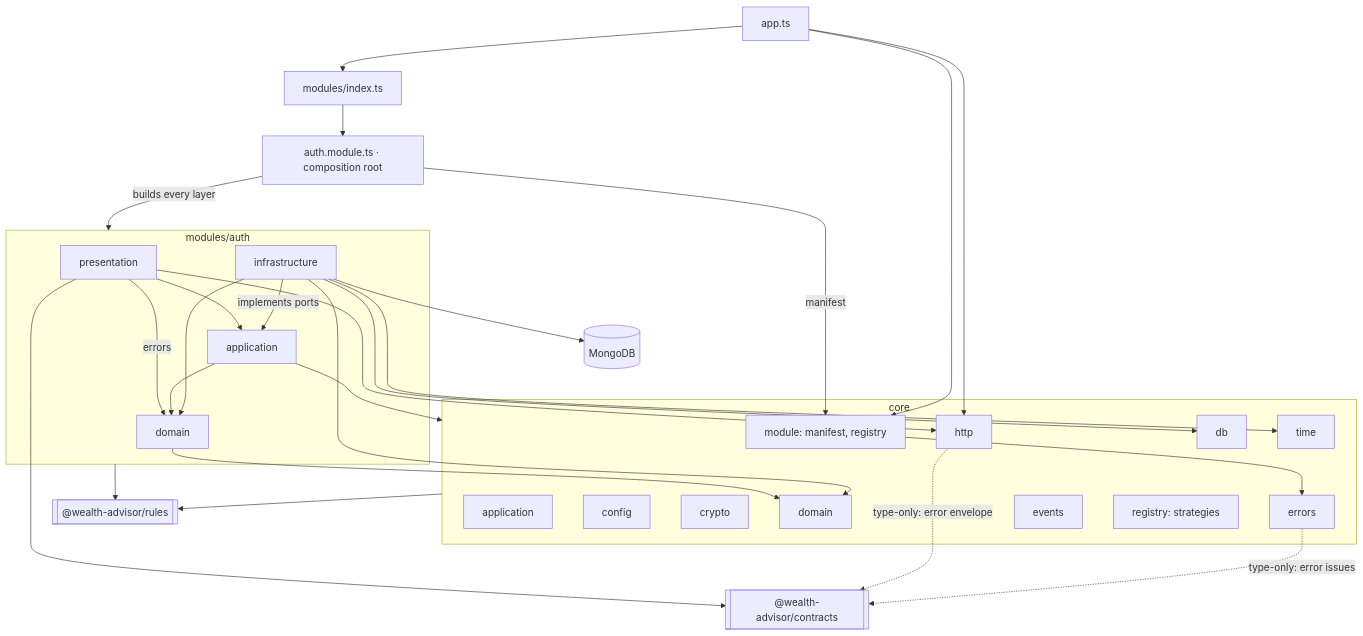
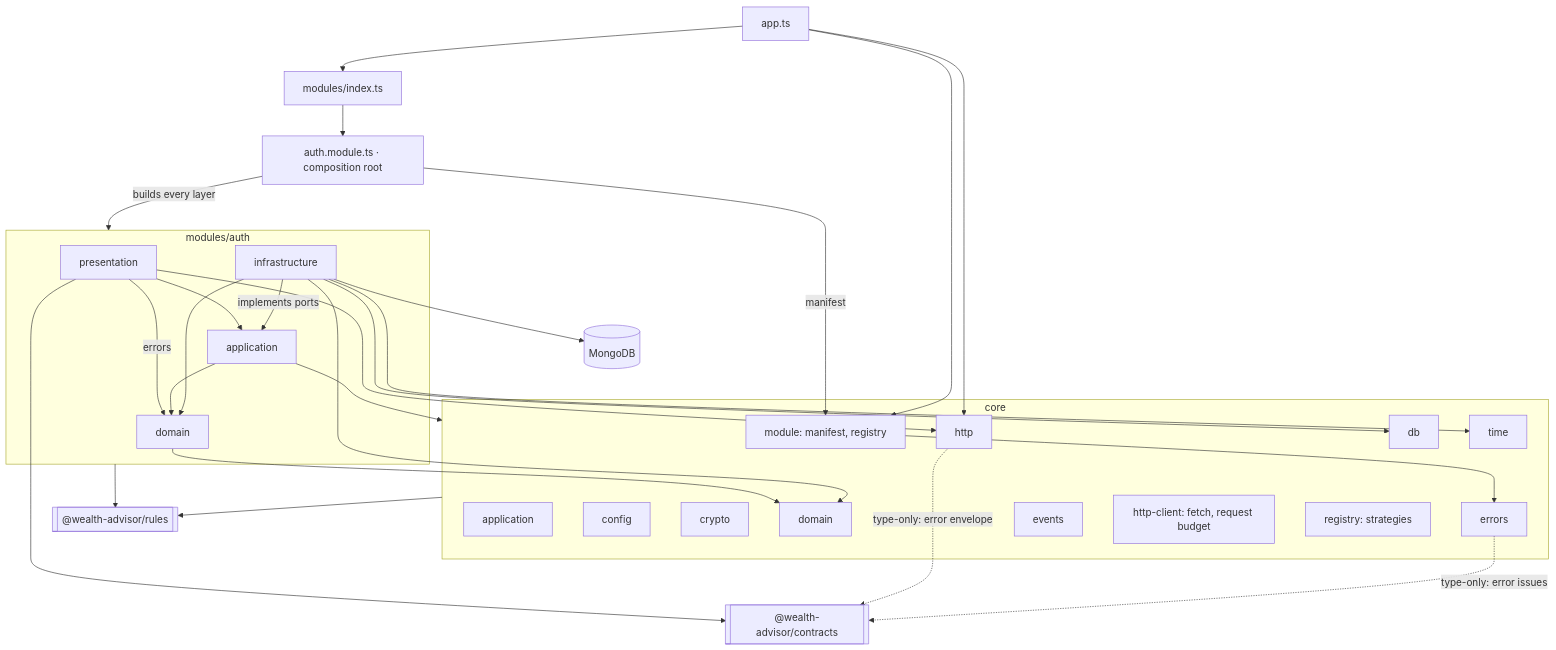
One commit to Nikhil-Mundhra/Wealth-Advisor changed the diagram in docs/architecture/c3-backend.md. Above: the diagram before and after it, drawn with Mermaid. The commit also changed other lines of this file and 32 other files, not shown here.

Commit message:
backend core: event envelope, processed-events guard, http client and request budget; module dependency lint

````diff
--- a/docs/architecture/c3-backend.md
+++ b/docs/architecture/c3-backend.md
@@ -4,42 +4,43 @@
 ```mermaid
 flowchart TB
   app[app.ts] --> modidx[modules/index.ts]
   modidx --> authmod[auth.module.ts · composition root]
   authmod -->|builds every layer| auth
   authmod -->|manifest| module
   app --> module
   app --> http
   subgraph auth[modules/auth]
     pres[presentation] --> appl[application]
     pres -->|errors| dom[domain]
     appl --> dom
     infra[infrastructure] -->|implements ports| appl
     infra --> dom
   end
   subgraph core[core]
     application
     config
     crypto
     domain
     errors
     events
     http
+    httpclient[http-client: fetch, request budget]
     module[module: manifest, registry]
     coredb[db]
     registry[registry: strategies]
     time
   end
   pres --> http
   appl --> core
   dom --> domain
   infra --> coredb
   infra --> domain
   infra --> time
   module --> errors
   pres --> contracts[["@wealth-advisor/contracts"]]
   http -. "type-only: error envelope" .-> contracts
   errors -. "type-only: error issues" .-> contracts
   auth --> rules[["@wealth-advisor/rules"]]
   core --> rules
   infra --> db[(MongoDB)]
 ```
````
